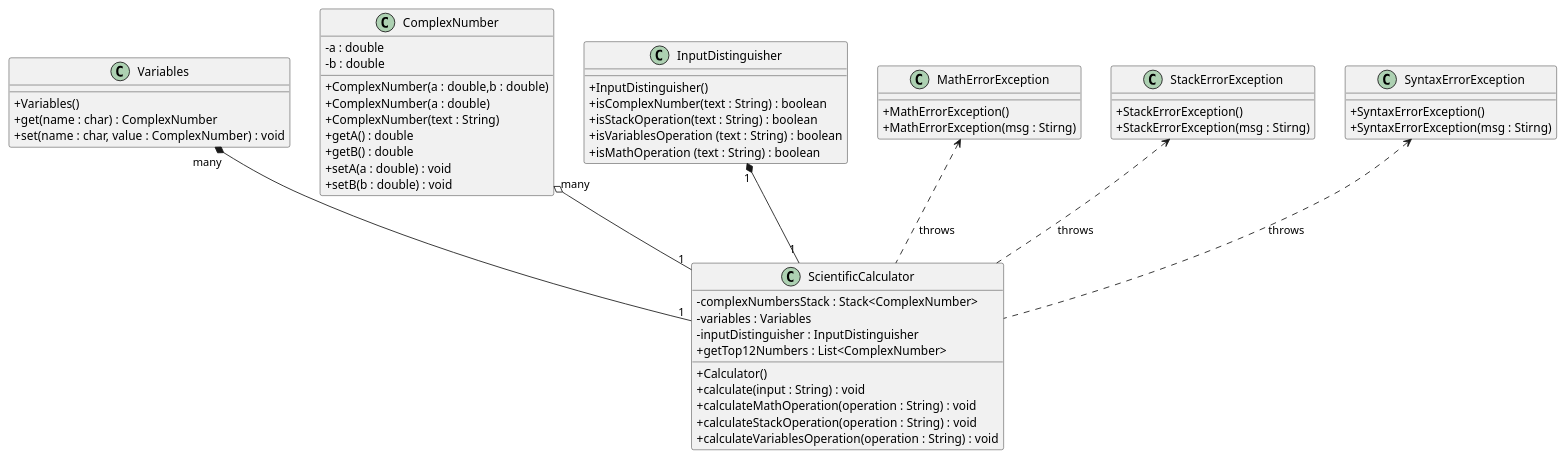
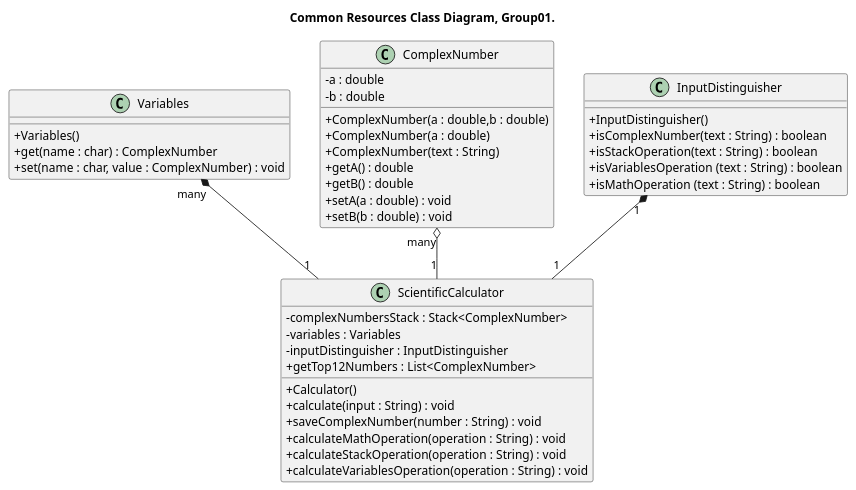
Before and after one commit to CiroCutolo/Scientific_Calculator_group01_2023: the diagram in class_diagram/CommonResources_ClassDiagram_Group01.puml, drawn with PlantUML. The commit also changed 9 other files, not shown here.

```diff
--- a/class_diagram/CommonResources_ClassDiagram_Group01.puml
+++ b/class_diagram/CommonResources_ClassDiagram_Group01.puml
@@ -1,63 +1,50 @@
-@startuml Common utils ClassDiagram, Group01.
+@startuml Common Resources ClassDiagram, Group01.
+
+title Common Resources Class Diagram, Group01.
 
 skinparam ClassAttributeIconSize 0
 class Variables{
     + Variables()
     + get(name : char) : ComplexNumber
     + set(name : char, value : ComplexNumber) : void
 }
 
 class ComplexNumber{
     - a : double
     - b : double
     + ComplexNumber(a : double,b : double)
     + ComplexNumber(a : double)
     + ComplexNumber(text : String)
     + getA() : double
     + getB() : double 
     + setA(a : double) : void
     + setB(b : double) : void
 }
 
 
 class InputDistinguisher{
     + InputDistinguisher()
     + isComplexNumber(text : String) : boolean
     + isStackOperation(text : String) : boolean
     + isVariablesOperation (text : String) : boolean
     + isMathOperation (text : String) : boolean
 }
 
-class MathErrorException{
-    + MathErrorException()
-    + MathErrorException(msg : Stirng)
-}
-class StackErrorException{
-    + StackErrorException()
-    + StackErrorException(msg : Stirng)
-}
-class SyntaxErrorException{
-    + SyntaxErrorException()
-    + SyntaxErrorException(msg : Stirng)
-}
-
 class ScientificCalculator{
     - complexNumbersStack : Stack<ComplexNumber>
     - variables : Variables
     - inputDistinguisher : InputDistinguisher
     + Calculator()
     + getTop12Numbers : List<ComplexNumber>
     + calculate(input : String) : void 
+    + saveComplexNumber(number : String) : void
     + calculateMathOperation(operation : String) : void
     + calculateStackOperation(operation : String) : void
     + calculateVariablesOperation(operation : String) : void
 }
 
 ComplexNumber "many" o-- "1" ScientificCalculator
 Variables "many" *-- "1" ScientificCalculator
 InputDistinguisher "1" *-- "1" ScientificCalculator
-MathErrorException <.. ScientificCalculator : throws
-SyntaxErrorException <.. ScientificCalculator : throws
-StackErrorException <.. ScientificCalculator : throws
 
 @enduml
```
